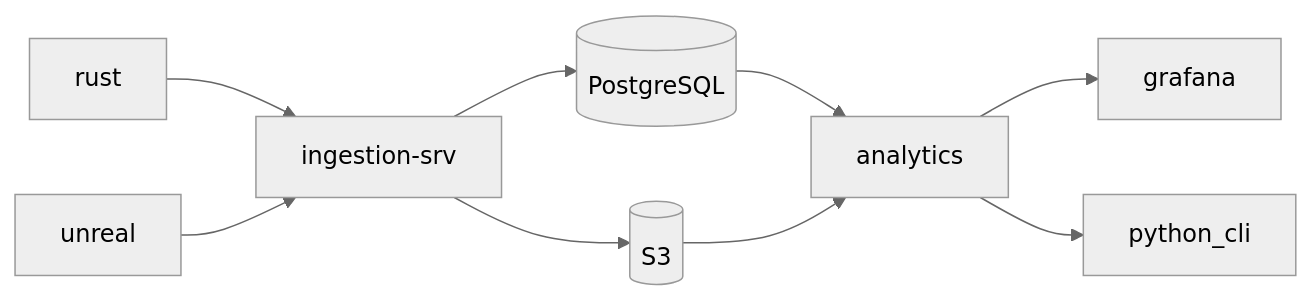
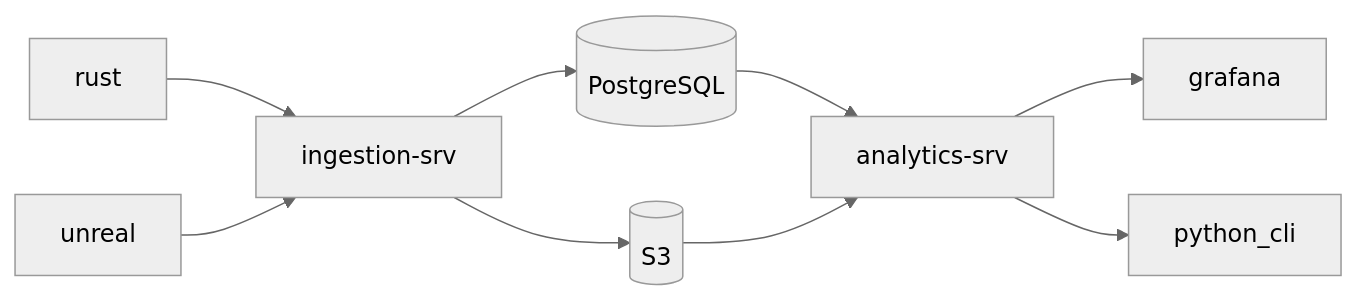
The first of 3 diagrams in doc/design.md (madesroches/micromegas), drawn with Mermaid (neutral theme) before and after one commit. The commit also changed other lines of this file and 2 other files, not shown here.

````diff
--- a/doc/design.md
+++ b/doc/design.md
@@ -6,12 +28,11 @@
-```mermaid
+<div class="mermaid">
 graph LR;
     rust-->ingestion-srv
     unreal-->ingestion-srv
     ingestion-srv-->postgresql[(PostgreSQL)]
     ingestion-srv-->s3[(S3)]
-    postgresql-->analytics
-    s3-->analytics
-    analytics-->grafana
-    analytics-->python_cli
-
-```
+    postgresql-->analytics-srv
+    s3-->analytics-srv
+    analytics-srv-->grafana
+    analytics-srv-->python_cli
+</div>
````
